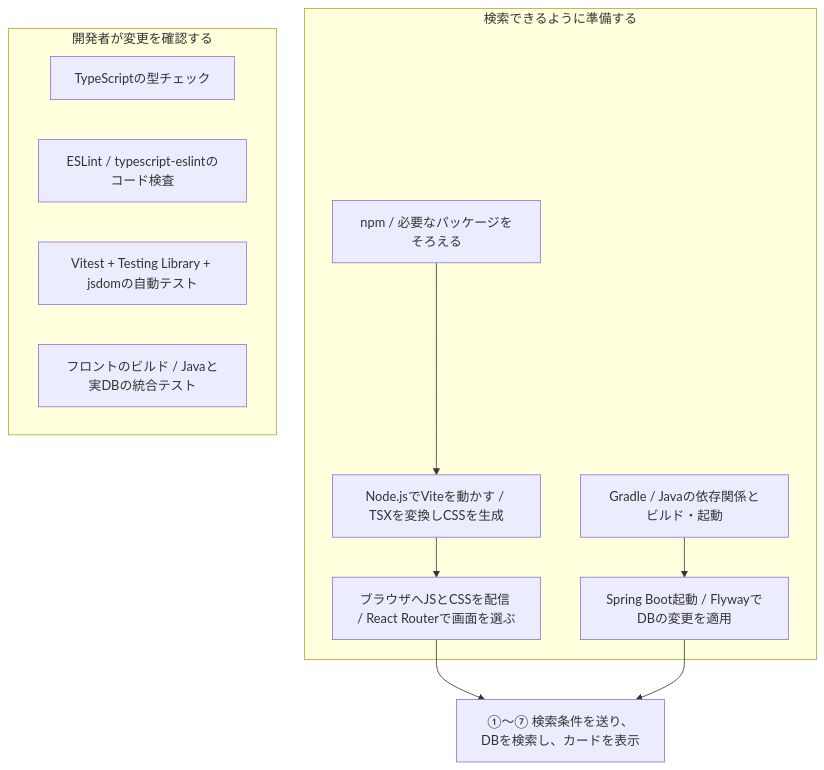
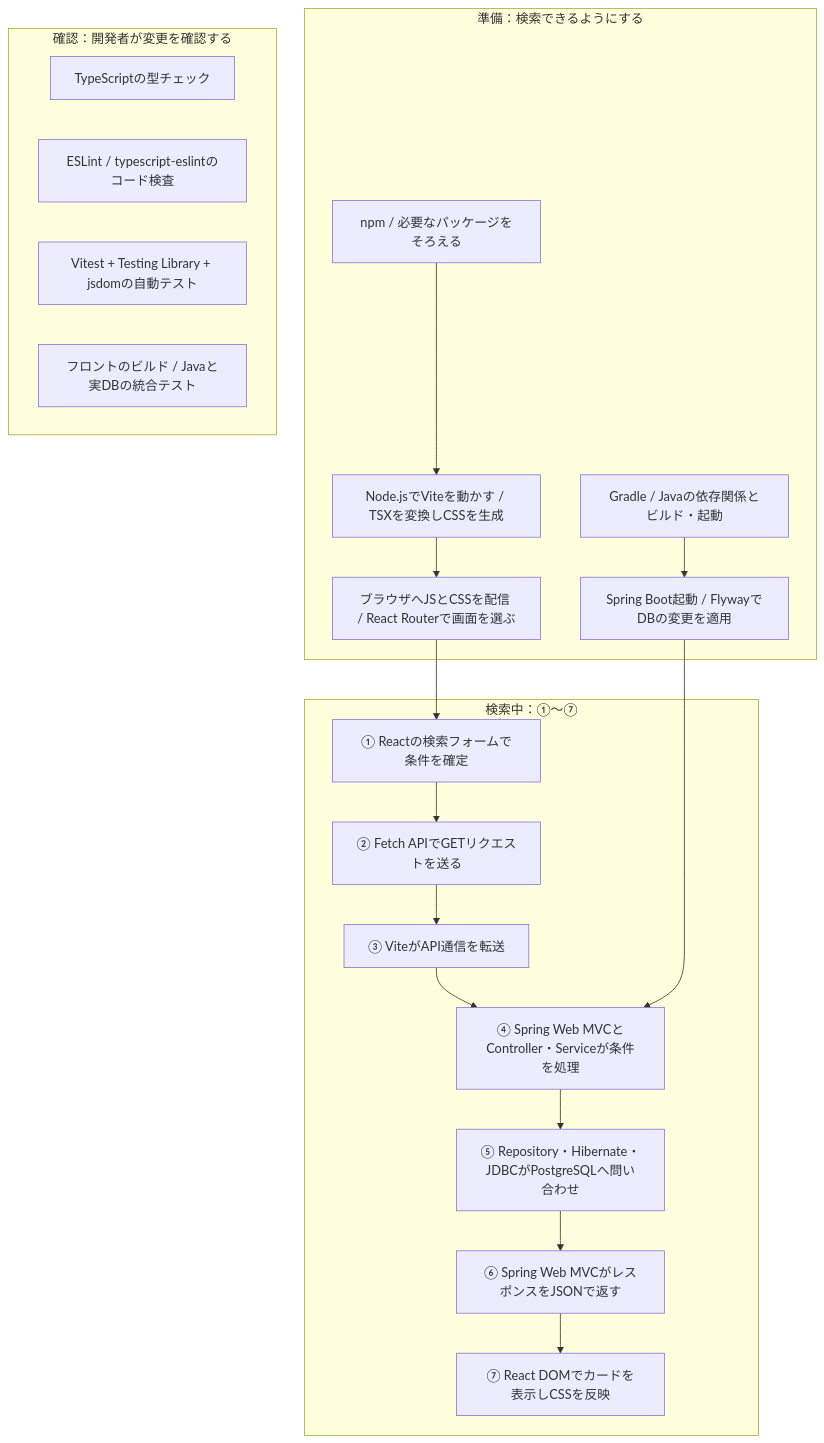
One commit to kouichiiwaoka/RaiseTech_TaskManager changed the third of 3 diagrams in 学習メモ.md. Above: the diagram before and after it, drawn with Mermaid. The commit also changed other lines of this file and 21 other files, not shown here.

````diff
--- a/学習メモ.md
+++ b/学習メモ.md
@@ -214,21 +214,30 @@
 ```mermaid
 flowchart TD
-    subgraph Prepare[検索できるように準備する]
+    subgraph Prepare[準備：検索できるようにする]
         N[npm / 必要なパッケージをそろえる]
         V[Node.jsでViteを動かす / TSXを変換しCSSを生成]
         B[ブラウザへJSとCSSを配信 / React Routerで画面を選ぶ]
         G[Gradle / Javaの依存関係とビルド・起動]
         F[Spring Boot起動 / FlywayでDBの変更を適用]
         N --> V --> B
         G --> F
     end
-    S[①〜⑦ 検索条件を送り、DBを検索し、カードを表示]
-    B --> S
-    F --> S
-    subgraph Check[開発者が変更を確認する]
+    subgraph Search[検索中：①〜⑦]
+        S1[① Reactの検索フォームで条件を確定]
+        S2[② Fetch APIでGETリクエストを送る]
+        S3[③ ViteがAPI通信を転送]
+        S4[④ Spring Web MVCとController・Serviceが条件を処理]
+        S5[⑤ Repository・Hibernate・JDBCがPostgreSQLへ問い合わせ]
+        S6[⑥ Spring Web MVCがレスポンスをJSONで返す]
+        S7[⑦ React DOMでカードを表示しCSSを反映]
+        S1 --> S2 --> S3 --> S4 --> S5 --> S6 --> S7
+    end
+    B --> S1
+    F --> S4
+    subgraph Check[確認：開発者が変更を確認する]
         T[TypeScriptの型チェック]
         L[ESLint / typescript-eslintのコード検査]
         U[Vitest + Testing Library + jsdomの自動テスト]
         P[フロントのビルド / Javaと実DBの統合テスト]
     end
 ```
````
